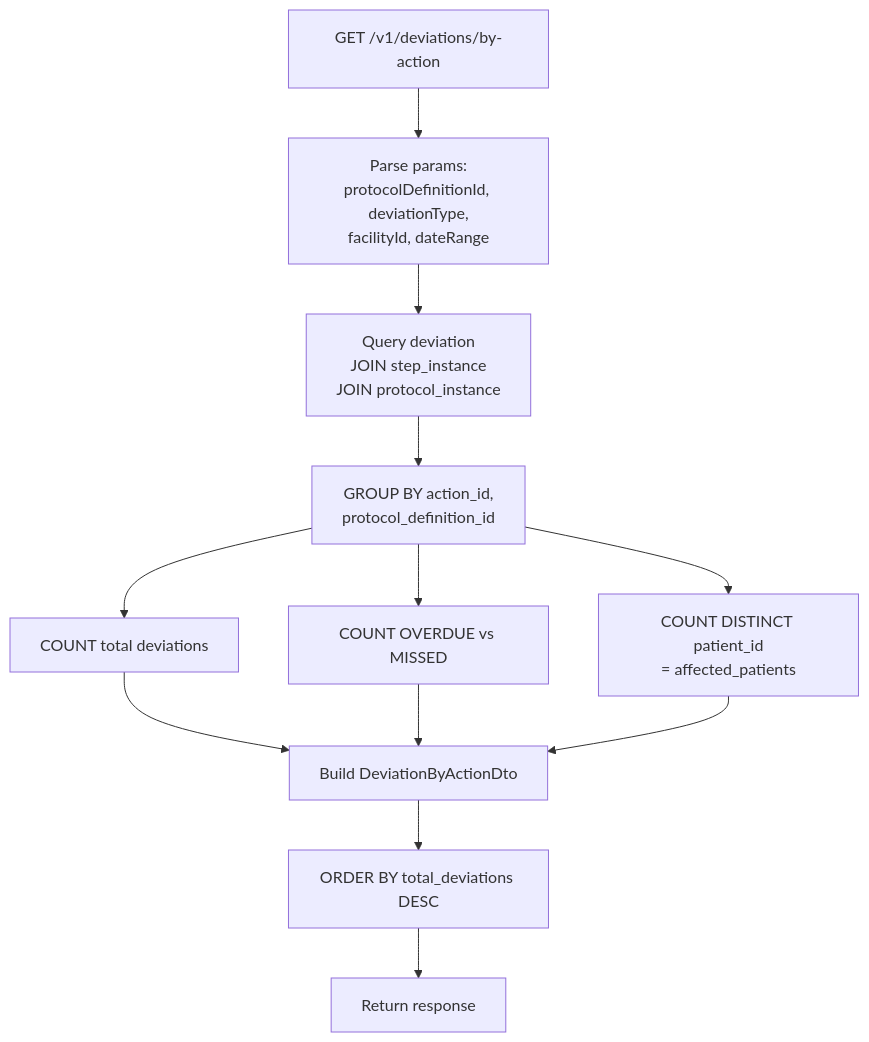
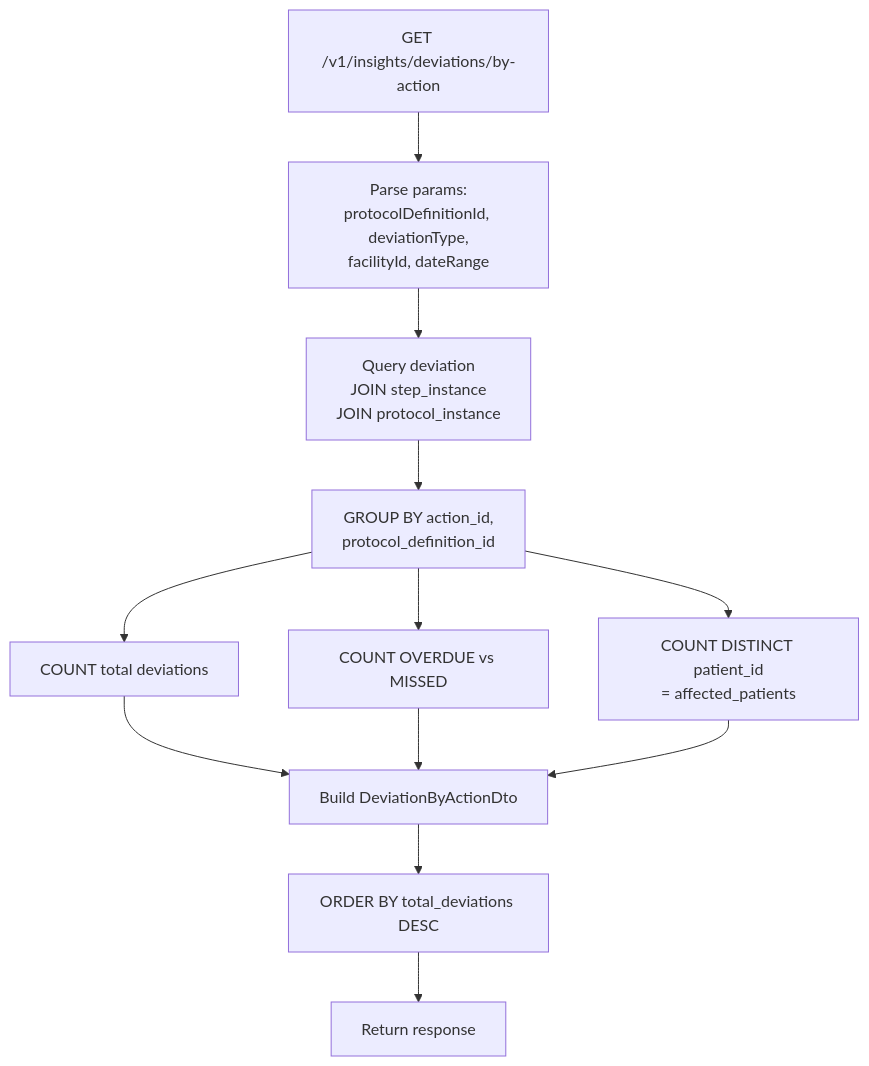
Diagram 16 of 27 in docs/flow-diagrams.md (AjishaVayoli-Tarento/cce-insights-service), drawn with Mermaid before and after one commit. The commit also changed other lines of this file and 27 other files, not shown here.

````diff
--- a/docs/flow-diagrams.md
+++ b/docs/flow-diagrams.md
@@ -329,17 +329,17 @@
 ```mermaid
 flowchart TD
-    A[GET /v1/deviations/by-action] --> B[Parse params:<br/>protocolDefinitionId, deviationType,<br/>facilityId, dateRange]
+    A[GET /v1/insights/deviations/by-action] --> B[Parse params:<br/>protocolDefinitionId, deviationType,<br/>facilityId, dateRange]
     B --> C[Query deviation<br/>JOIN step_instance<br/>JOIN protocol_instance]
     C --> D[GROUP BY action_id,<br/>protocol_definition_id]
 
     D --> E[COUNT total deviations]
     D --> F[COUNT OVERDUE vs MISSED]
     D --> G[COUNT DISTINCT patient_id<br/>= affected_patients]
 
     E --> H[Build DeviationByActionDto]
     F --> H
     G --> H
 
     H --> I[ORDER BY total_deviations DESC]
     I --> J[Return response]
 ```
````
